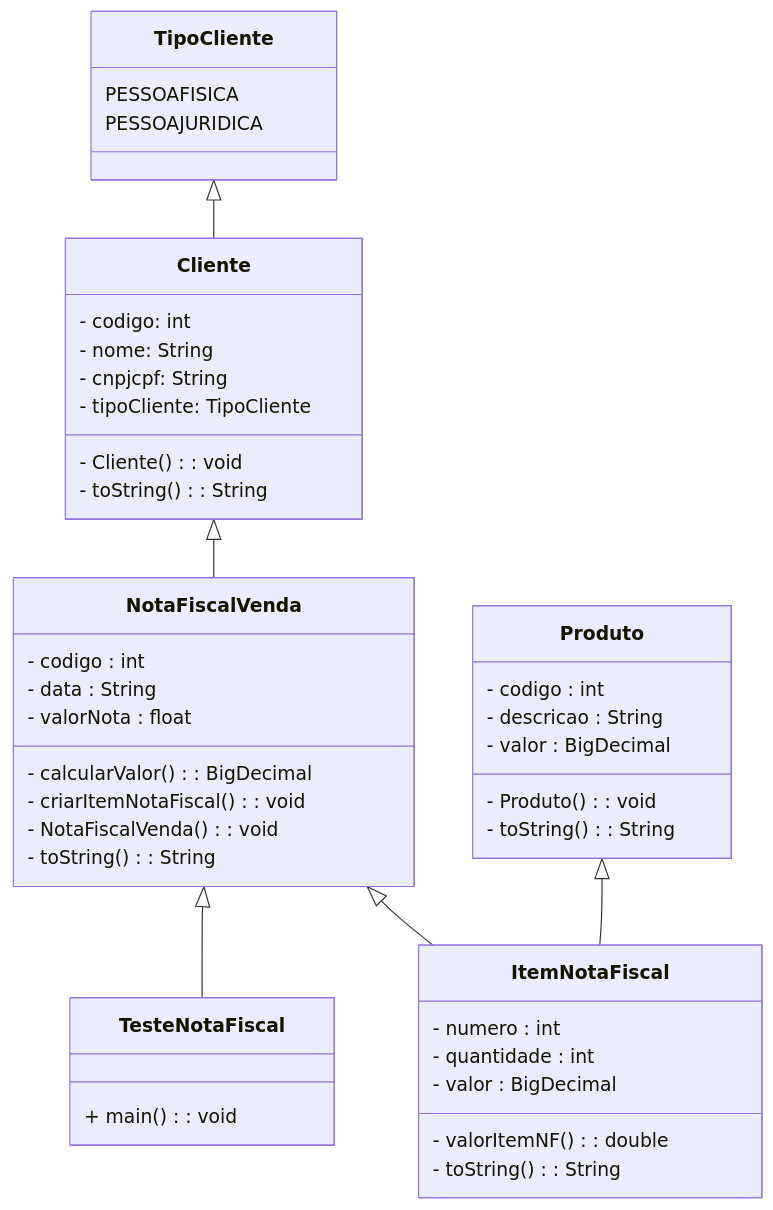
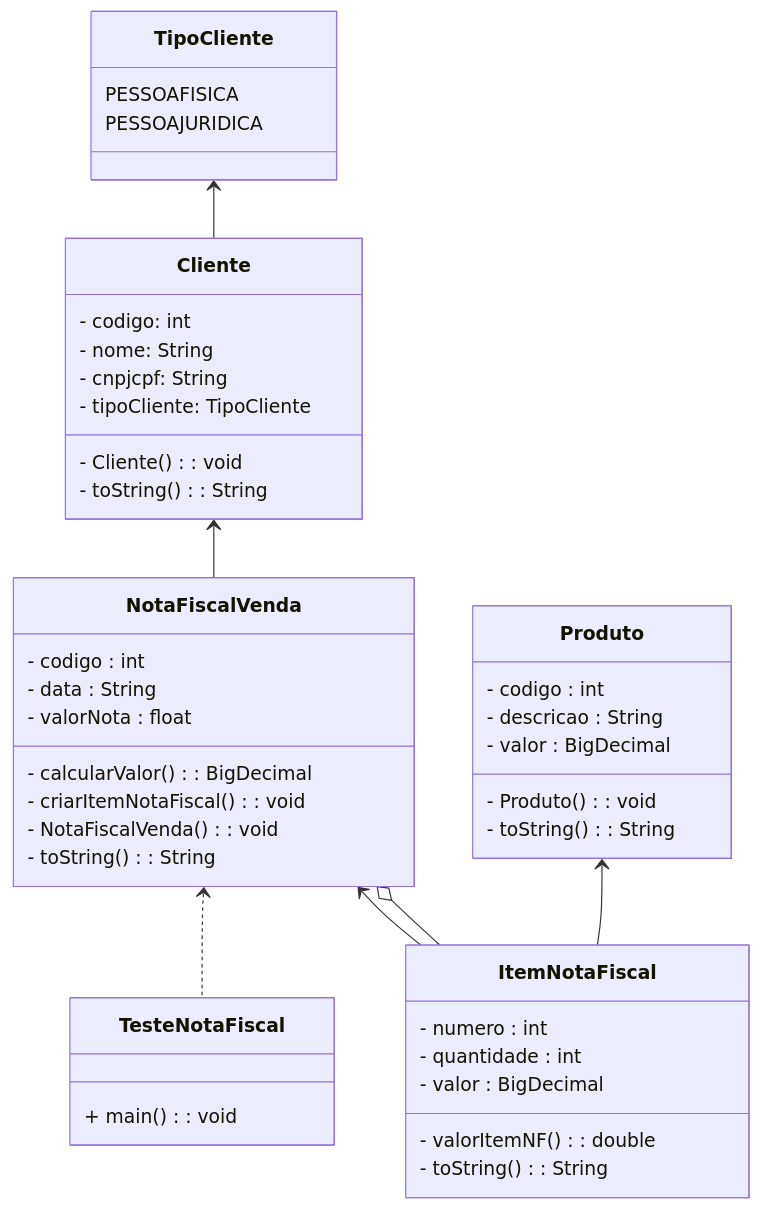
One commit to PabloBF/mobdev changed the diagram in avaliacoes/avaliacao-08/README.md. Above: the diagram before and after it, drawn with Mermaid.

````diff
--- a/avaliacoes/avaliacao-08/README.md
+++ b/avaliacoes/avaliacao-08/README.md
@@ -4,52 +4,53 @@
 ```mermaid
 classDiagram
-    Cliente <|-- NotaFiscalVenda
-    NotaFiscalVenda <|-- TesteNotaFiscal
-    NotaFiscalVenda <|-- ItemNotaFiscal
-    TipoCliente <|-- Cliente
-    Produto <|-- ItemNotaFiscal
+    Cliente <-- NotaFiscalVenda
+    NotaFiscalVenda <.. TesteNotaFiscal
+    NotaFiscalVenda <-- ItemNotaFiscal
+    NotaFiscalVenda o-- ItemNotaFiscal
+    TipoCliente <-- Cliente
+    Produto <-- ItemNotaFiscal
     
     class Cliente {
     - codigo: int
     - nome: String
     - cnpjcpf: String
     - tipoCliente: TipoCliente
     - Cliente(): void
     - toString(): String
     }
     
     class NotaFiscalVenda {
       - codigo : int
       - data : String
       - valorNota : float
       - calcularValor(): BigDecimal
       - criarItemNotaFiscal(): void
       - NotaFiscalVenda(): void
       - toString(): String
     }
     
     class TesteNotaFiscal {
       + main(): void
     }
     
     class TipoCliente {
       PESSOAFISICA
       PESSOAJURIDICA
     }
     
     class ItemNotaFiscal {
       - numero : int
       - quantidade : int
       - valor : BigDecimal
       - valorItemNF(): double
       - toString(): String
     }
     
     class Produto {
       - codigo : int
       - descricao : String
       - valor : BigDecimal
       - Produto(): void
       - toString(): String
     }
 ```
````
